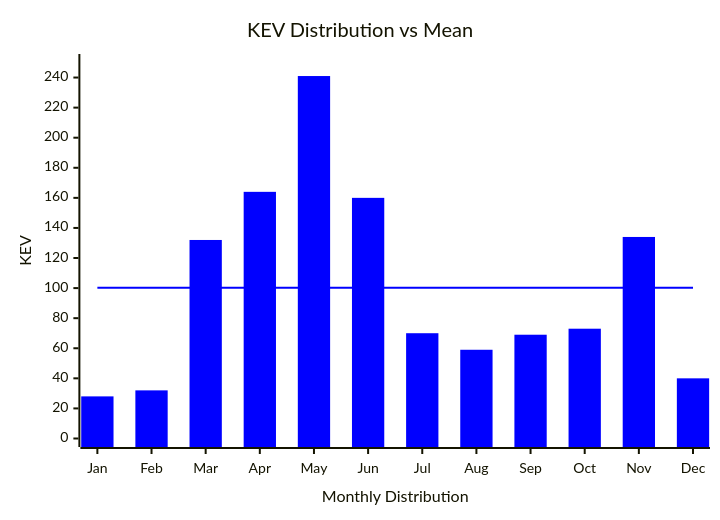
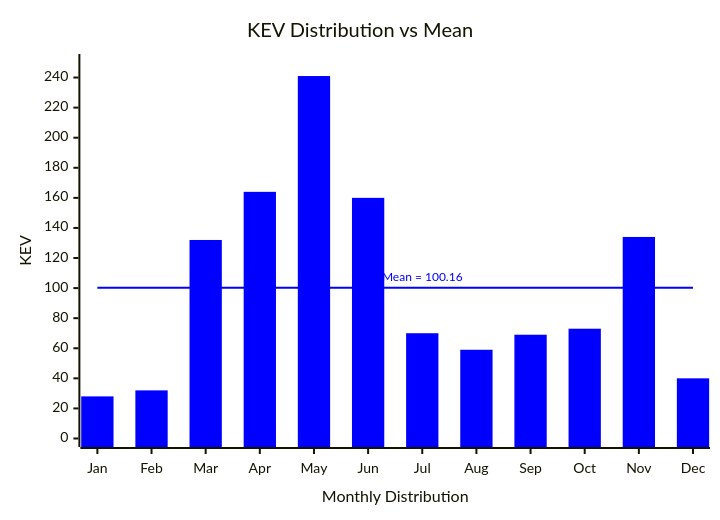
The diagram in mdfiles/cisakev36m.md (myseq/makeshift), drawn with Mermaid before and after one commit.

Commit message:
updated data

````diff
--- a/mdfiles/cisakev36m.md
+++ b/mdfiles/cisakev36m.md
@@ -3,16 +3,17 @@
 ```mermaid
 ---
 config:
   themeVariables:
     xyChart:
       showDataLabel: true
-      plotColorPalette: '#0000FF, #0000FF, #0000FF, #FF0000, #0000FF, #0000FF, #0000FF, #0000FF, #0000FF, #0000FF, #0000FF, #0000FF'
+      showDataLabelOutsideBar: true
+      plotColorPalette: '#0000FF, #0000FF, #FF0000, #FF0000, #FF0000, #FF0000, #0000FF, #0000FF, #0000FF, #0000FF, #FF0000, #0000FF'
 ---
 xychart
     title "KEV Distribution vs Mean"
     x-axis "Monthly Distribution" [Jan, Feb, Mar, Apr, May, Jun, Jul, Aug, Sep, Oct, Nov, Dec]
     y-axis "KEV" 0 --> 250
     bar [28, 32, 132, 164, 241, 160, 70, 59, 69, 73, 134, 40]
-    line [100.16, 100.16, 100.16, 100.16, 100.16, 100.16, 100.16, 100.16, 100.16, 100.16, 100.16, 100.16]
+    line [100.16, 100.16, 100.16, 100.16, 100.16, 100.16, 100.16 "Mean = 100.16", 100.16, 100.16, 100.16, 100.16, 100.16]
 
 ```
````
